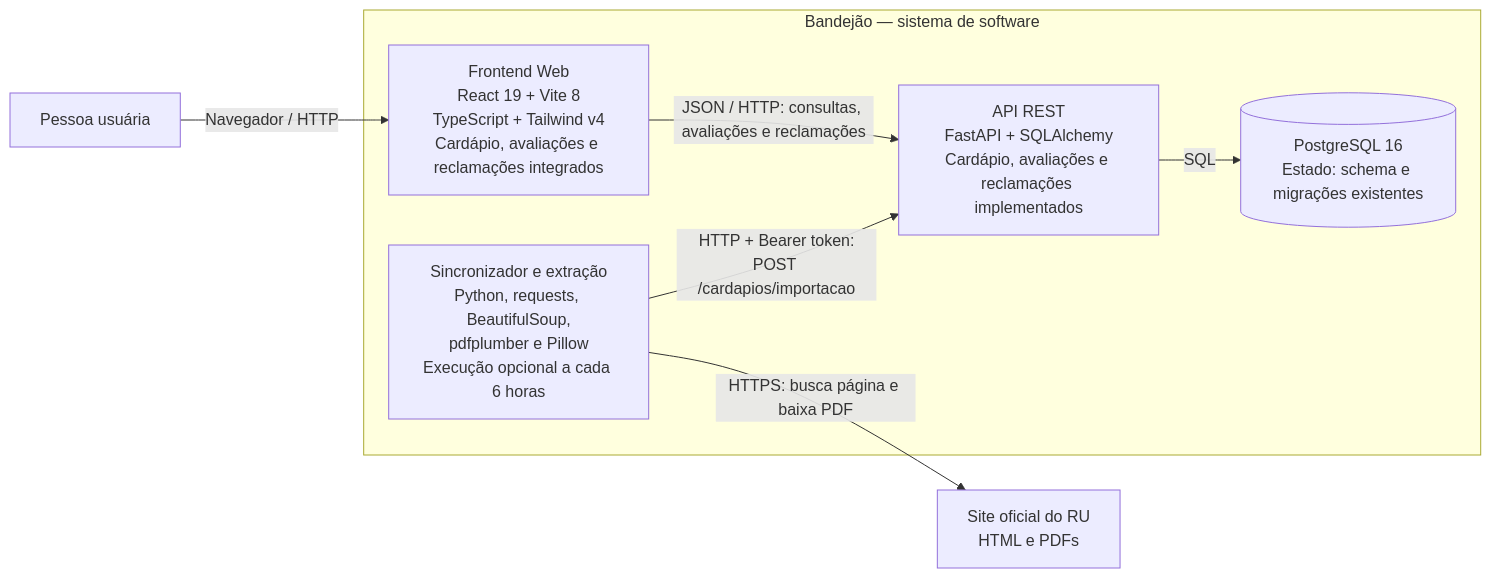
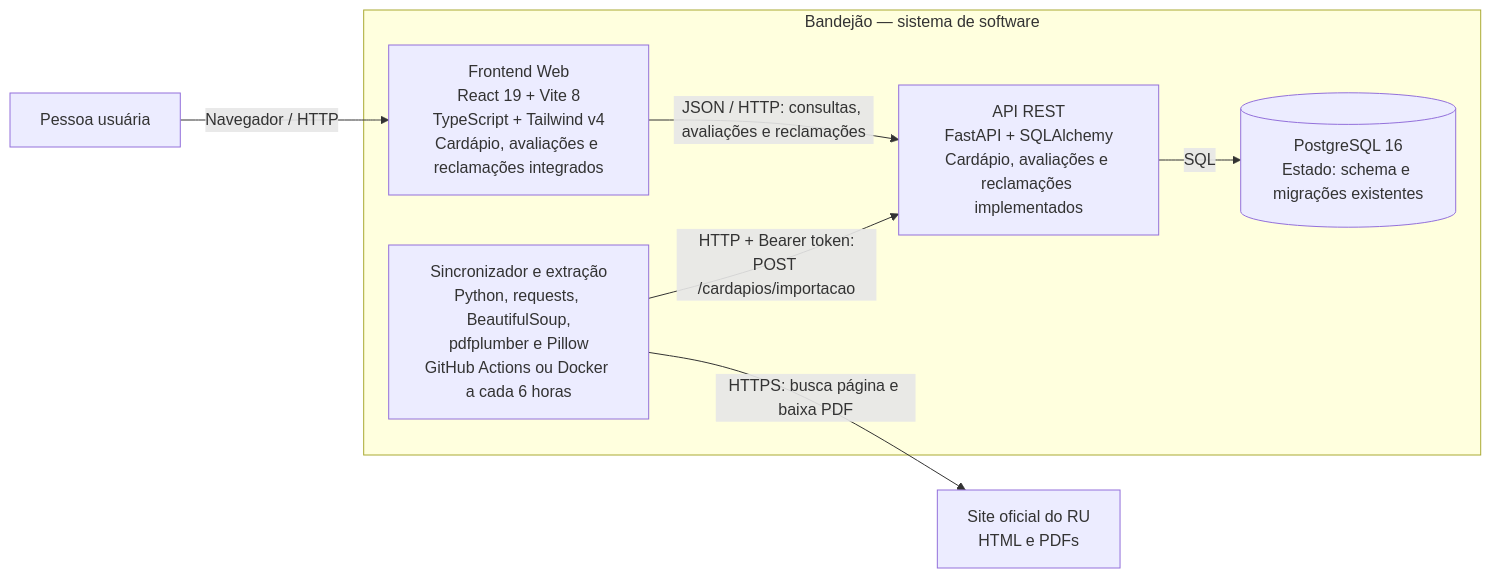
Before and after one commit to unb-mds/2026-2-Bandejao: the second of 3 diagrams in docs/Arquitetura.md, drawn with Mermaid. The commit also changed other lines of this file and 6 other files, not shown here.

````diff
--- a/docs/Arquitetura.md
+++ b/docs/Arquitetura.md
@@ -34,18 +34,18 @@
 ```mermaid
 flowchart LR
     pessoa["Pessoa usuária"]
     site["Site oficial do RU<br/>HTML e PDFs"]
 
     subgraph sistema["Bandejão — sistema de software"]
         web["Frontend Web<br/>React 19 + Vite 8<br/>TypeScript + Tailwind v4<br/>Cardápio, avaliações e reclamações integrados"]
         api["API REST<br/>FastAPI + SQLAlchemy<br/>Cardápio, avaliações e reclamações implementados"]
         banco[("PostgreSQL 16<br/>Estado: schema e migrações existentes")]
-        extracao["Sincronizador e extração<br/>Python, requests, BeautifulSoup,<br/>pdfplumber e Pillow<br/>Execução opcional a cada 6 horas"]
+        extracao["Sincronizador e extração<br/>Python, requests, BeautifulSoup,<br/>pdfplumber e Pillow<br/>GitHub Actions ou Docker a cada 6 horas"]
     end
 
     pessoa -->|"Navegador / HTTP"| web
     web -->|"JSON / HTTP: consultas, avaliações e reclamações"| api
     api -->|"SQL"| banco
     extracao -->|"HTTPS: busca página e baixa PDF"| site
     extracao -->|"HTTP + Bearer token:<br/>POST /cardapios/importacao"| api
 ```
````
